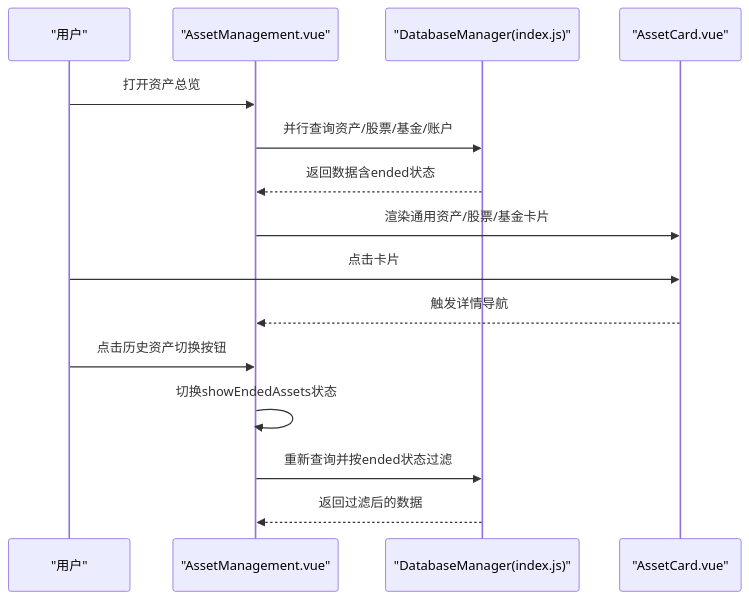
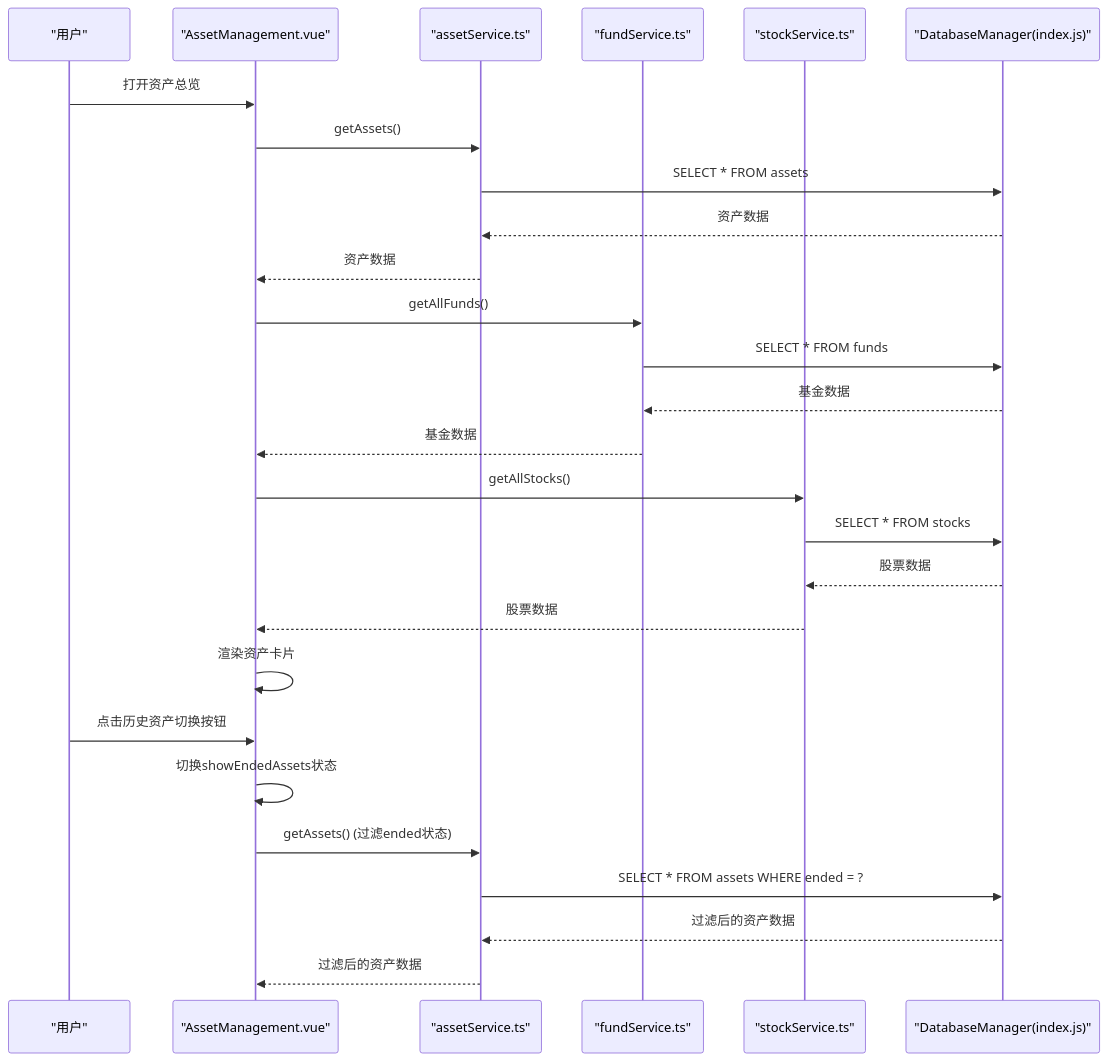
Before and after one commit to xiao-lin-unit/yuan: the second of 10 diagrams in .qoder/repowiki/zh/content/资产管理/资产管理.md, drawn with Mermaid. The commit also changed other lines of this file and 21 other files, not shown here.

````diff
--- a/.qoder/repowiki/zh/content/资产管理/资产管理.md
+++ b/.qoder/repowiki/zh/content/资产管理/资产管理.md
@@ -102,17 +148,29 @@
 ```mermaid
 sequenceDiagram
 participant U as "用户"
 participant AM as "AssetManagement.vue"
+participant AS as "assetService.ts"
+participant FS as "fundService.ts"
+participant SS as "stockService.ts"
 participant DB as "DatabaseManager(index.js)"
-participant UI as "AssetCard.vue"
 U->>AM : 打开资产总览
-AM->>DB : 并行查询资产/股票/基金/账户
-DB-->>AM : 返回数据含ended状态
-AM->>UI : 渲染通用资产/股票/基金卡片
-U->>UI : 点击卡片
-UI-->>AM : 触发详情导航
+AM->>AS : getAssets()
+AS->>DB : SELECT * FROM assets
+DB-->>AS : 资产数据
+AS-->>AM : 资产数据
+AM->>FS : getAllFunds()
+FS->>DB : SELECT * FROM funds
+DB-->>FS : 基金数据
+FS-->>AM : 基金数据
+AM->>SS : getAllStocks()
+SS->>DB : SELECT * FROM stocks
+DB-->>SS : 股票数据
+SS-->>AM : 股票数据
+AM->>AM : 渲染资产卡片
 U->>AM : 点击历史资产切换按钮
 AM->>AM : 切换showEndedAssets状态
-AM->>DB : 重新查询并按ended状态过滤
-DB-->>AM : 返回过滤后的数据
+AM->>AS : getAssets() (过滤ended状态)
+AS->>DB : SELECT * FROM assets WHERE ended = ?
+DB-->>AS : 过滤后的资产数据
+AS-->>AM : 过滤后的资产数据
 ```
````
